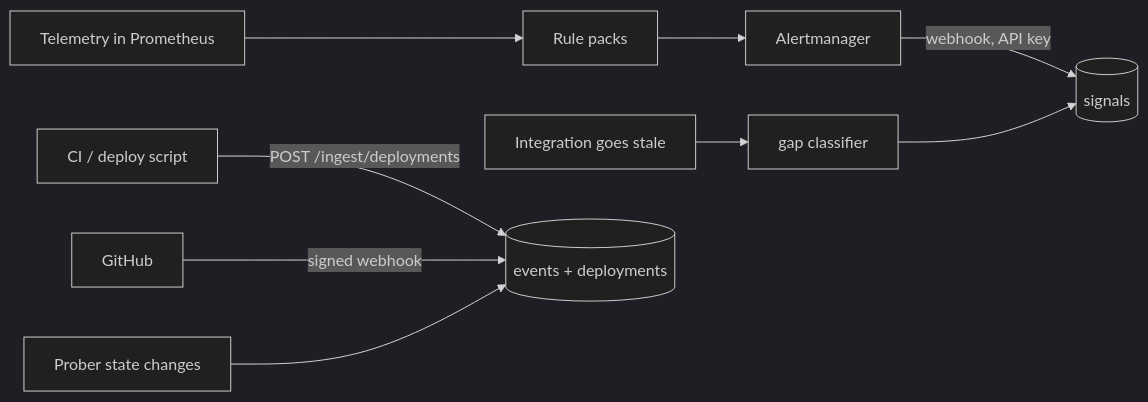
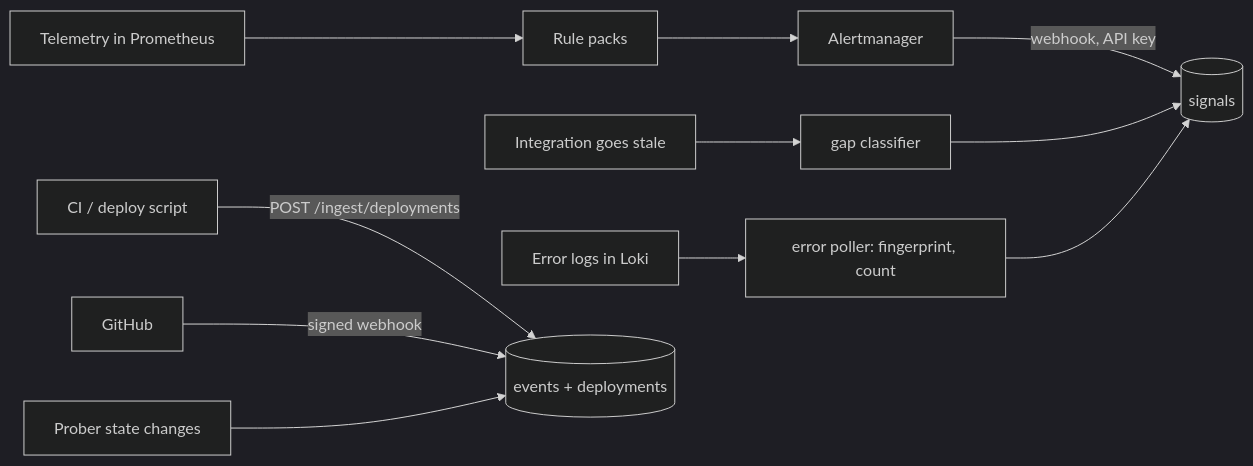
The diagram in docs/guides/detection.md (asadsheikh1/sentinel), drawn with Mermaid (dark theme) before and after one commit. The commit also changed other lines of this file and 37 other files, not shown here.

````diff
--- a/docs/guides/detection.md
+++ b/docs/guides/detection.md
@@ -12,8 +12,9 @@
 ```mermaid
 flowchart LR
   T[Telemetry in Prometheus] --> R[Rule packs] --> AM[Alertmanager] -->|webhook, API key| S[(signals)]
   G[Integration goes stale] --> GAP[gap classifier] --> S
+  L[Error logs in Loki] --> EG[error poller: fingerprint, count] --> S
   CI[CI / deploy script] -->|POST /ingest/deployments| E[(events + deployments)]
   GH[GitHub] -->|signed webhook| E
   P[Prober state changes] --> E
 ```
````
